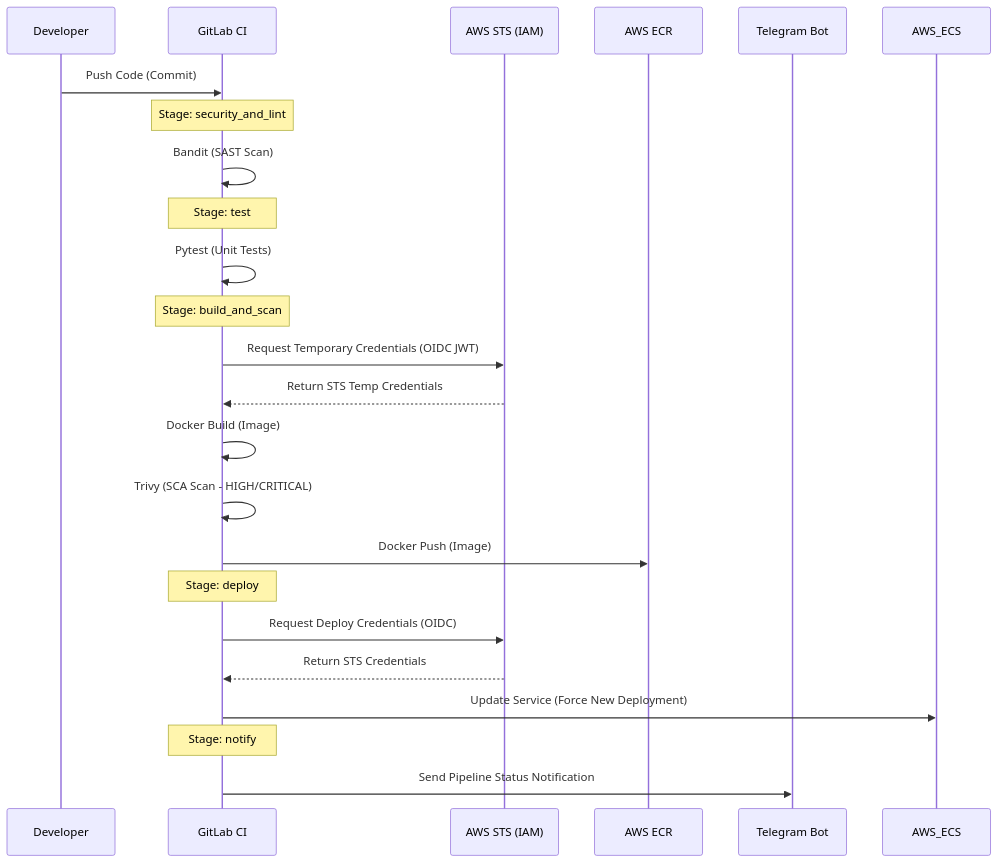
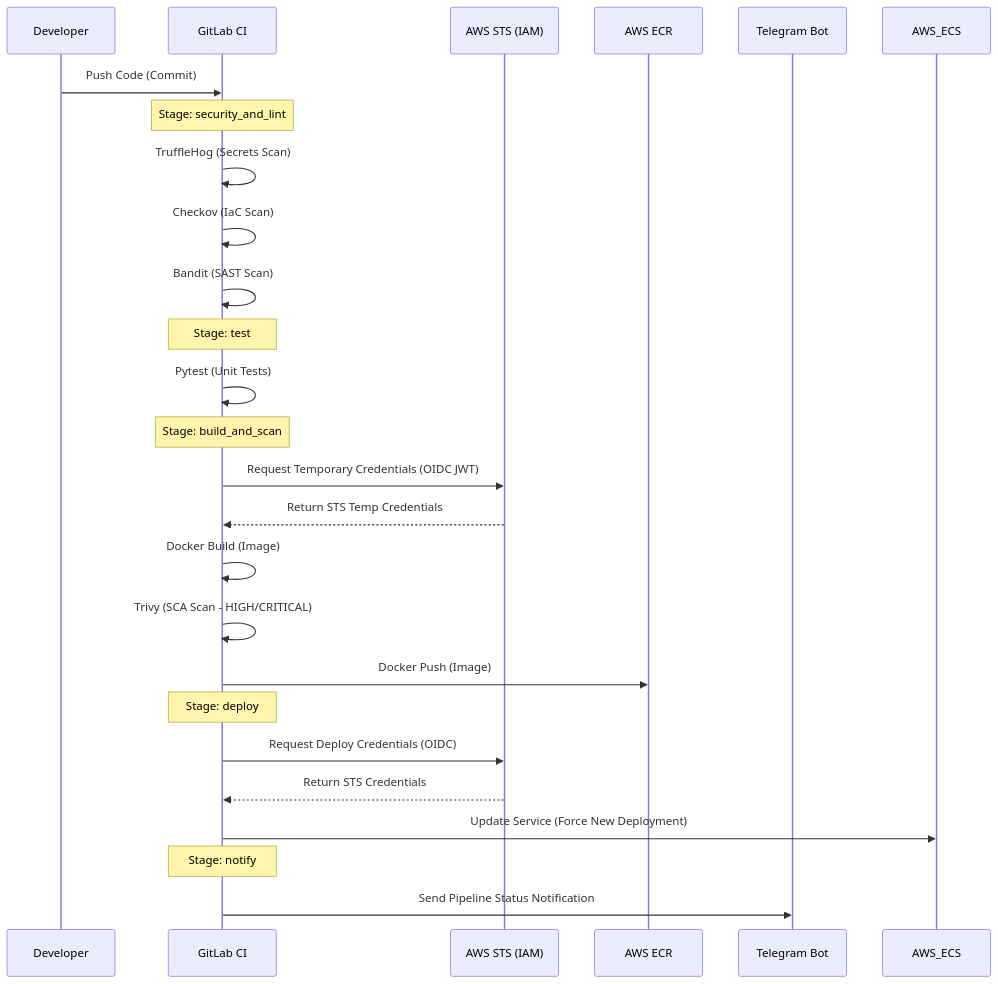
The diagram in README.md (ERAF-2407/pulpoLine), drawn with Mermaid before and after one commit. The commit also changed other lines of this file and 1 other file, not shown here.

````diff
--- a/README.md
+++ b/README.md
@@ -23,26 +26,28 @@
 ```mermaid
 sequenceDiagram
     participant Dev as Developer
     participant GL as GitLab CI
     participant AWS_STS as AWS STS (IAM)
     participant AWS_ECR as AWS ECR
     participant Telegram as Telegram Bot
 
     Dev->>GL: Push Code (Commit)
     Note over GL: Stage: security_and_lint
+    GL->>GL: TruffleHog (Secrets Scan)
+    GL->>GL: Checkov (IaC Scan)
     GL->>GL: Bandit (SAST Scan)
     Note over GL: Stage: test
     GL->>GL: Pytest (Unit Tests)
     Note over GL: Stage: build_and_scan
     GL->>AWS_STS: Request Temporary Credentials (OIDC JWT)
     AWS_STS-->>GL: Return STS Temp Credentials
     GL->>GL: Docker Build (Image)
     GL->>GL: Trivy (SCA Scan - HIGH/CRITICAL)
     GL->>AWS_ECR: Docker Push (Image)
     Note over GL: Stage: deploy
     GL->>AWS_STS: Request Deploy Credentials (OIDC)
     AWS_STS-->>GL: Return STS Credentials
     GL->>AWS_ECS: Update Service (Force New Deployment)
     Note over GL: Stage: notify
     GL->>Telegram: Send Pipeline Status Notification
 ```
````
